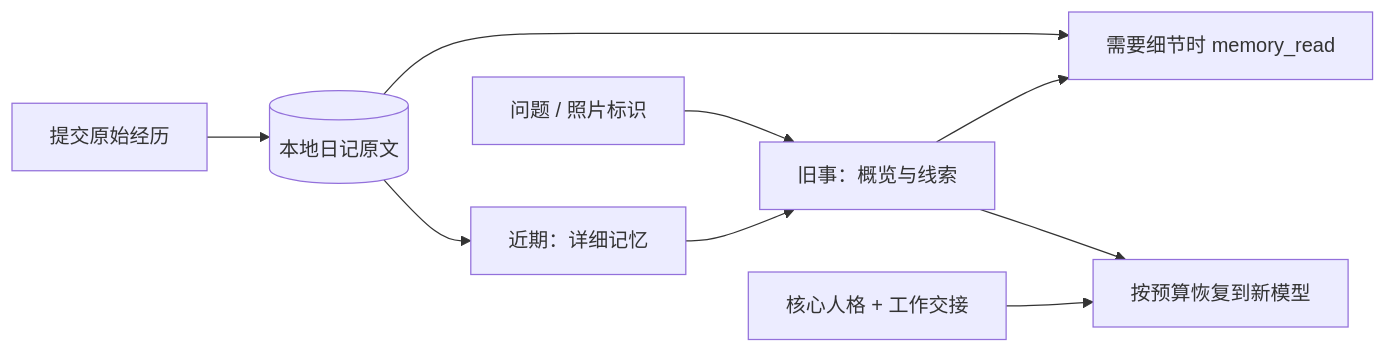
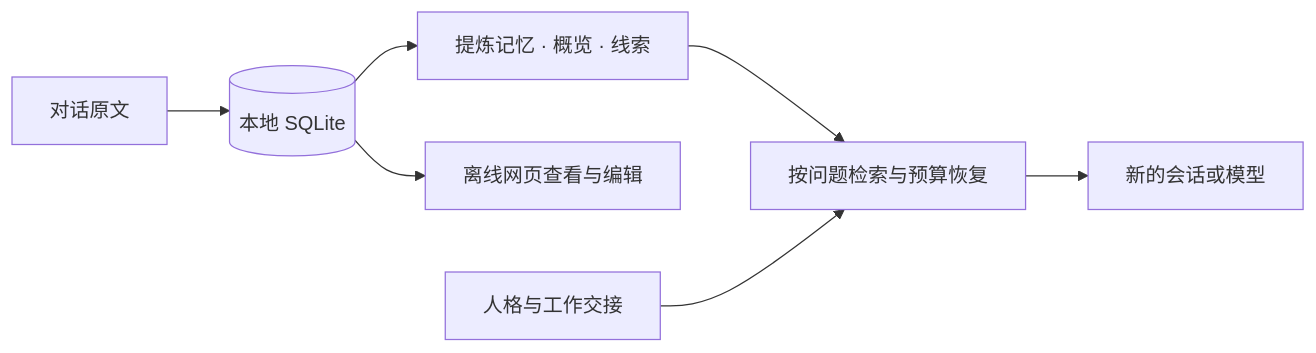
Before and after one commit to xeonphi1/memlikehuman: the diagram in README.md, drawn with Mermaid. The commit also changed other lines of this file and 16 other files, not shown here.

````diff
--- a/README.md
+++ b/README.md
@@ -89,11 +93,9 @@
 ```mermaid
 flowchart LR
-    A[提交原始经历] --> B[(本地日记原文)]
-    B --> C[近期：详细记忆]
-    C --> D[旧事：概览与线索]
-    E[问题 / 照片标识] --> D
-    D --> F[需要细节时 memory_read]
-    B --> F
-    P[核心人格 + 工作交接] --> R[按预算恢复到新模型]
-    D --> R
+    A[对话原文] --> B[(本地 SQLite)]
+    B --> C[提炼记忆 · 概览 · 线索]
+    B --> D[离线网页查看与编辑]
+    C --> E[按问题检索与预算恢复]
+    P[人格与工作交接] --> E
+    E --> F[新的会话或模型]
 ```
````
